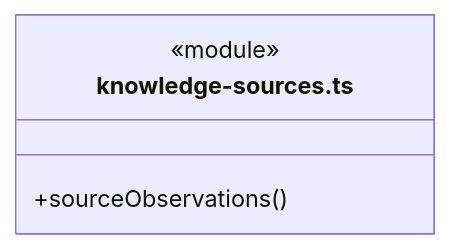
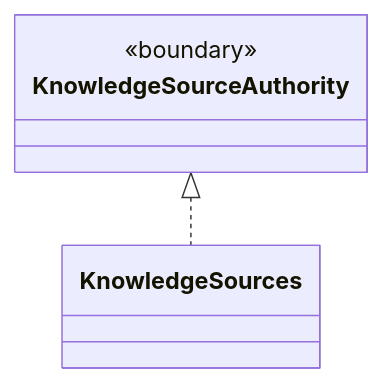
Before and after one commit to nan023062/cbim: the diagram in src/logic/knowledge/service/ARCHITECTURE.md, drawn with Mermaid. The commit also changed other lines of this file and 158 other files, not shown here.

Commit message:
docs: model architecture through nested virtual encapsulations

````diff
--- a/src/logic/knowledge/service/ARCHITECTURE.md
+++ b/src/logic/knowledge/service/ARCHITECTURE.md
@@ -42,7 +17,10 @@
 ```mermaid
 classDiagram
-class N_src_logic_knowledge_service_knowledge_sources_ts["knowledge-sources.ts"] {
-  <<module>>
-  +sourceObservations()
+class N_689cbc236cec["KnowledgeSourceAuthority"] {
+  <<boundary>>
 }
+click N_689cbc236cec href "../storage/source-journal.ts"
+class N_99b846a064a9["KnowledgeSources"]
+click N_99b846a064a9 href "knowledge-sources.ts"
+N_689cbc236cec <|.. N_99b846a064a9
 ```
````
